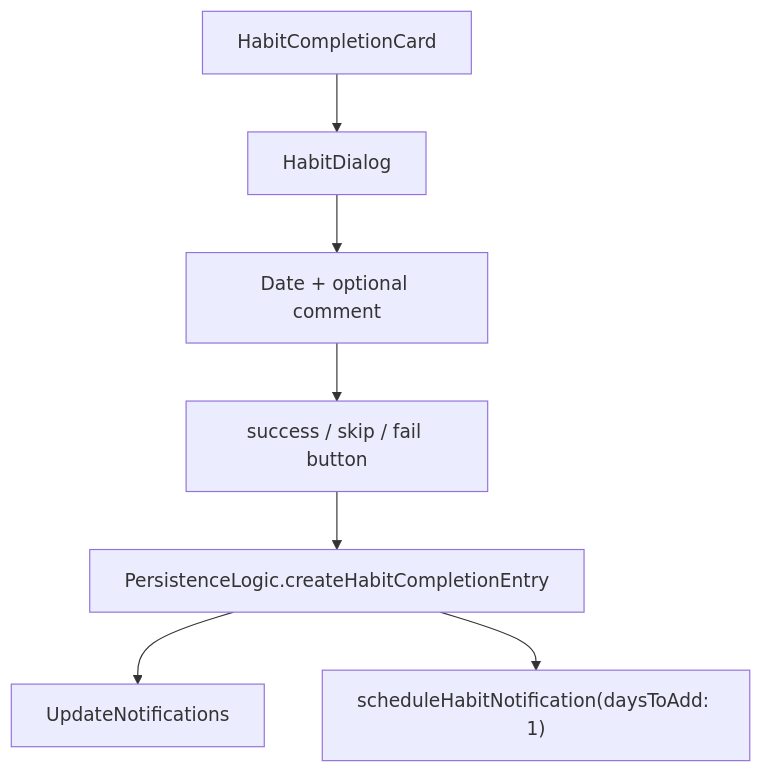
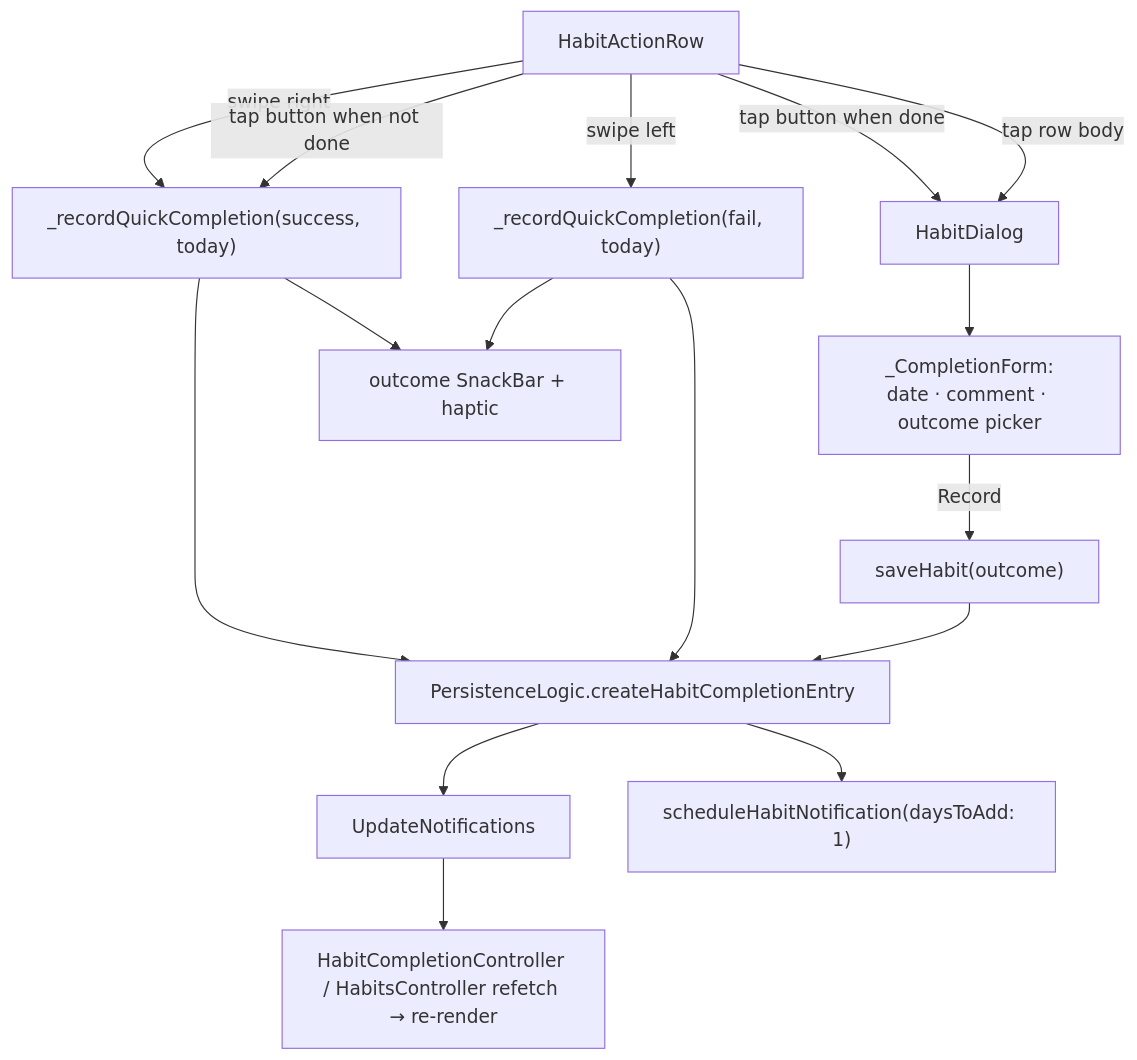
One commit to matthiasn/lotti changed the seventh of 8 diagrams in lib/features/habits/README.md. Above: the diagram before and after it, drawn with Mermaid. The commit also changed other lines of this file and 65 other files, not shown here.

````diff
--- a/lib/features/habits/README.md
+++ b/lib/features/habits/README.md
@@ -273,9 +428,23 @@
 ```mermaid
 flowchart TD
-  Card["HabitCompletionCard"] --> Dialog["HabitDialog"]
-  Dialog --> Form["Date + optional comment"]
-  Form --> Save["success / skip / fail button"]
-  Save --> Persist["PersistenceLogic.createHabitCompletionEntry"]
+  Row["HabitActionRow"]
+  Row -->|swipe right| QSuccess["_recordQuickCompletion(success, today)"]
+  Row -->|swipe left| QFail["_recordQuickCompletion(fail, today)"]
+  Row -->|tap button when not done| QSuccess
+  Row -->|tap button when done| Dialog
+  Row -->|tap row body| Dialog["HabitDialog"]
+
+  Dialog --> Form["_CompletionForm:\ndate · comment · outcome picker"]
+  Form -->|Record| Save["saveHabit(outcome)"]
+
+  QSuccess --> Persist["PersistenceLogic.createHabitCompletionEntry"]
+  QFail --> Persist
+  Save --> Persist
+
+  QSuccess --> Snack["outcome SnackBar + haptic"]
+  QFail --> Snack
+
   Persist --> Notify["UpdateNotifications"]
   Persist --> Schedule["scheduleHabitNotification(daysToAdd: 1)"]
+  Notify --> Refetch["HabitCompletionController / HabitsController refetch → re-render"]
 ```
````
